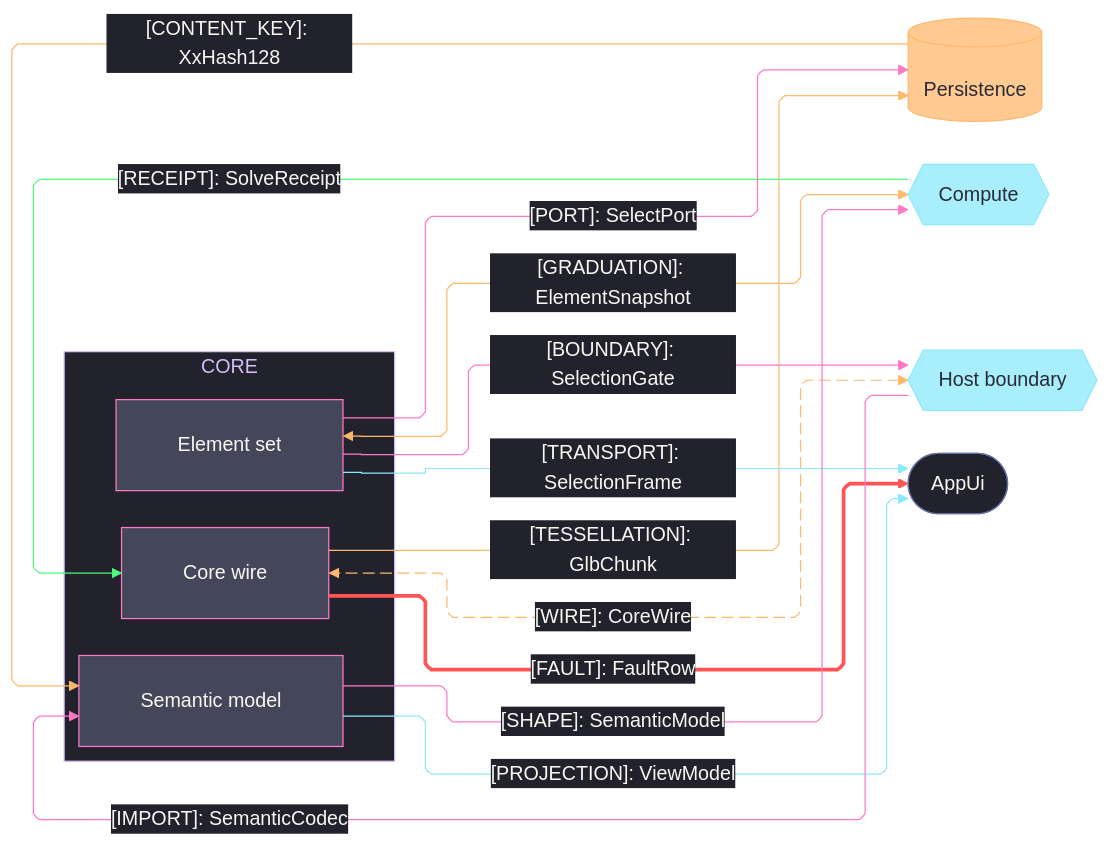
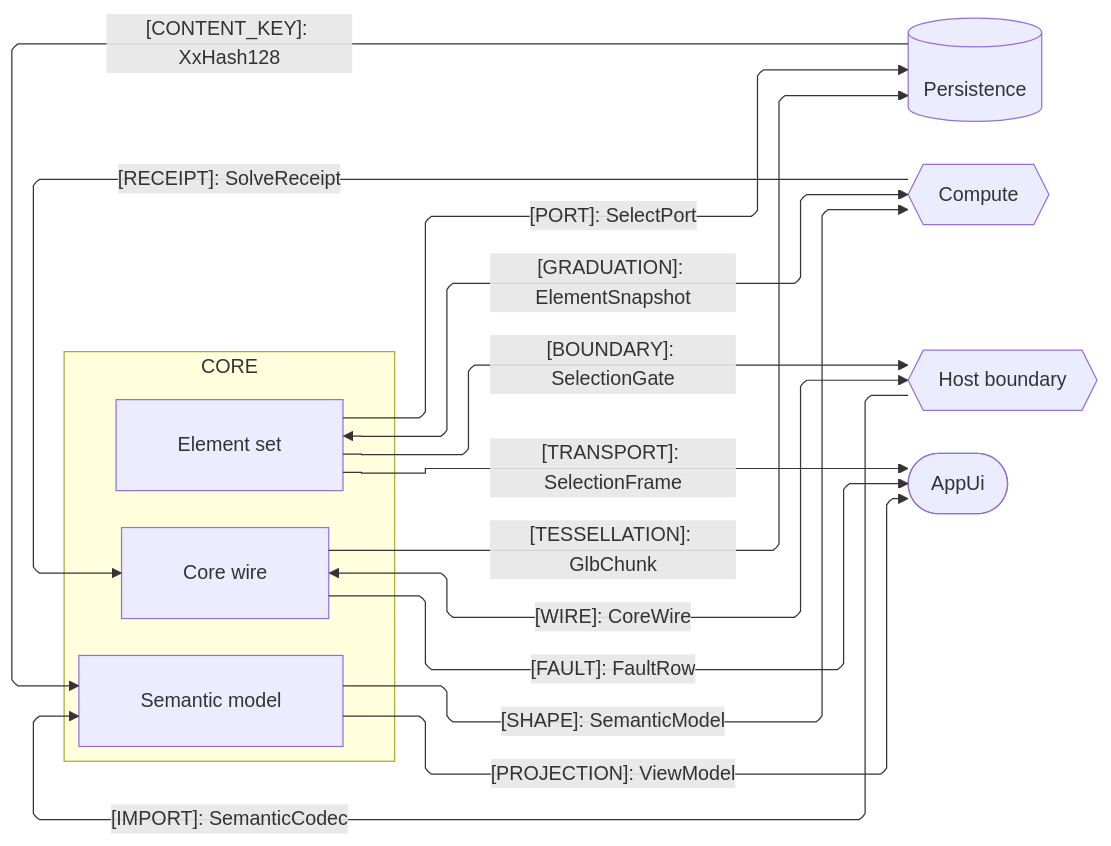
The diagram in .claude/skills/mermaid-diagramming/templates/seam-graph.mmd.md (bsamiee/Rasm), drawn with Mermaid before and after one commit. The commit also changed other lines of this file and 28 other files, not shown here.

Commit message:
skills(docgen+mermaid): payload-only diagram law — docgen gate/fixer strips fence styling; mermaid bundle sheds the styling canon, theming survives as one opt-in reference

````diff
--- a/.claude/skills/mermaid-diagramming/templates/seam-graph.mmd.md
+++ b/.claude/skills/mermaid-diagramming/templates/seam-graph.mmd.md
@@ -11,71 +9,33 @@
 ```mermaid
 ---
 config:
-  theme: base
-  look: classic
   layout: elk
   flowchart:
     curve: linear
     padding: 25
-  themeVariables:
-    darkMode: true
-    fontFamily: "SF Mono, Menlo, Cascadia Mono, Segoe UI Mono, Consolas, monospace"
-    useGradient: false
-    dropShadow: "none"
-    background: "#282A36"
-    primaryColor: "#44475A"
-    primaryTextColor: "#F8F8F2"
-    primaryBorderColor: "#BD93F9"
-    lineColor: "#FF79C6"
-    textColor: "#F8F8F2"
-    clusterBkg: "#21222C"
-    clusterBorder: "#D6BCFA"
-    edgeLabelBackground: "#21222C"
-    labelBackgroundColor: "#21222C"
-    titleColor: "#D6BCFA"
-  themeCSS: ".nodeLabel{font-size:13px;font-weight:500}.edgeLabel{font-size:12px;font-weight:500}.cluster-label .nodeLabel{font-size:13.5px;font-weight:700;letter-spacing:.08em}.edge-thickness-normal{stroke-width:2px}.edge-thickness-thick{stroke-width:3px}.edge-pattern-dashed,.edge-pattern-dotted{stroke-width:1.5px;stroke-dasharray:4 6}.node rect,.node circle,.node polygon,.node path,.node .outer-path{stroke-width:1.5px;filter:none!important}.cluster rect{stroke-width:1px!important;stroke-dasharray:5 4!important;filter:none!important}.marker path{transform:scale(.8);transform-origin:5px 5px}.marker circle{transform:scale(.48);transform-origin:5px 5px}.edgeLabel rect{transform-box:fill-box;transform-origin:center;transform:scale(1.1,1.2)}"
 ---
 flowchart LR
     accTitle: Core package seam registry
-    accDescr: Core sub-domain owners exchanging kinded shapes with persistence, compute, the host boundary, and the app shell, edge rails colored by kind, nodes classed by seam direction, and the live host wire animated.
+    accDescr: Core sub-domain owners exchanging kinded shapes with persistence, compute, the host boundary, and the app shell, node shape encoding counterpart role.
     subgraph core[CORE]
         Semantic[Semantic model]
         ElementSet[Element set]
         Wire[Core wire]
     end
     Persistence[(Persistence)]
     Compute{{Compute}}
     Host{{Host boundary}}
     AppUi([AppUi])
     Persistence e1@-->|"[CONTENT_KEY]: XxHash128"| Semantic
     Wire e2@<-->|"[WIRE]: CoreWire"| Host
     Wire e3@-->|"[TESSELLATION]: GlbChunk"| Persistence
     ElementSet e4@<-->|"[GRADUATION]: ElementSnapshot"| Compute
     Compute e5@-->|"[RECEIPT]: SolveReceipt"| Wire
     Wire e6@-->|"[FAULT]: FaultRow"| AppUi
     Semantic e7@-->|"[PROJECTION]: ViewModel"| AppUi
     ElementSet e8@-->|"[TRANSPORT]: SelectionFrame"| AppUi
     ElementSet e9@-->|"[PORT]: SelectPort"| Persistence
     Semantic e10@-->|"[SHAPE]: SemanticModel"| Compute
     ElementSet e11@-->|"[BOUNDARY]: SelectionGate"| Host
     Host e12@-->|"[IMPORT]: SemanticCodec"| Semantic
-    e2@{ animate: true }
-    classDef primary fill:#44475A,stroke:#FF79C6,color:#F8F8F2
-    classDef external fill:#8BE9FDBF,stroke:#8BE9FD,color:#282A36
-    classDef data fill:#FFB86CBF,stroke:#FFB86C,color:#282A36
-    classDef recessed fill:#21222C,stroke:#6272A4,color:#F8F8F2
-    classDef edgeData stroke:#FFB86C,color:#F8F8F2
-    classDef edgeSuccess stroke:#50FA7B,color:#F8F8F2
-    classDef edgeError stroke:#FF5555,stroke-width:3px,color:#F8F8F2
-    classDef edgeExternal stroke:#8BE9FD,color:#F8F8F2
-    classDef edgeControl stroke:#FF79C6,color:#F8F8F2
-    class Semantic,ElementSet,Wire primary
-    class Compute,Host external
-    class Persistence data
-    class AppUi recessed
-    class e1,e2,e3,e4 edgeData
-    class e5 edgeSuccess
-    class e6 edgeError
-    class e7,e8 edgeExternal
-    class e9,e10,e11,e12 edgeControl
 ```
````
